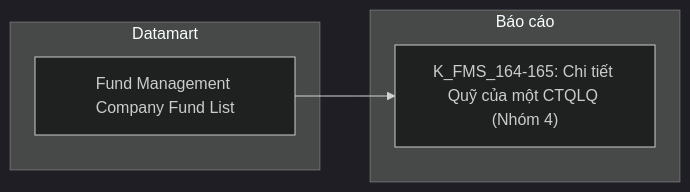
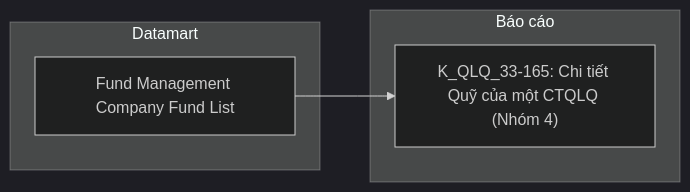
One commit to linhlvit/ubck_atomic_design changed diagram 16 of 37 in Datamart/hld/DTM_QLQ_HLD.md. Above: the diagram before and after it, drawn with Mermaid (dark theme). The commit also changed other lines of this file and 5 other files, not shown here.

````diff
--- a/Datamart/hld/DTM_QLQ_HLD.md
+++ b/Datamart/hld/DTM_QLQ_HLD.md
@@ -557,10 +557,10 @@
 ```mermaid
 flowchart LR
     subgraph GOLD["Datamart"]
         G1["Fund Management Company Fund List"]
     end
     subgraph RPT["Báo cáo"]
-        R1["K_FMS_164-165: Chi tiết Quỹ của một CTQLQ (Nhóm 4)"]
+        R1["K_QLQ_33-165: Chi tiết Quỹ của một CTQLQ (Nhóm 4)"]
     end
     G1 --> R1
 ```
````
